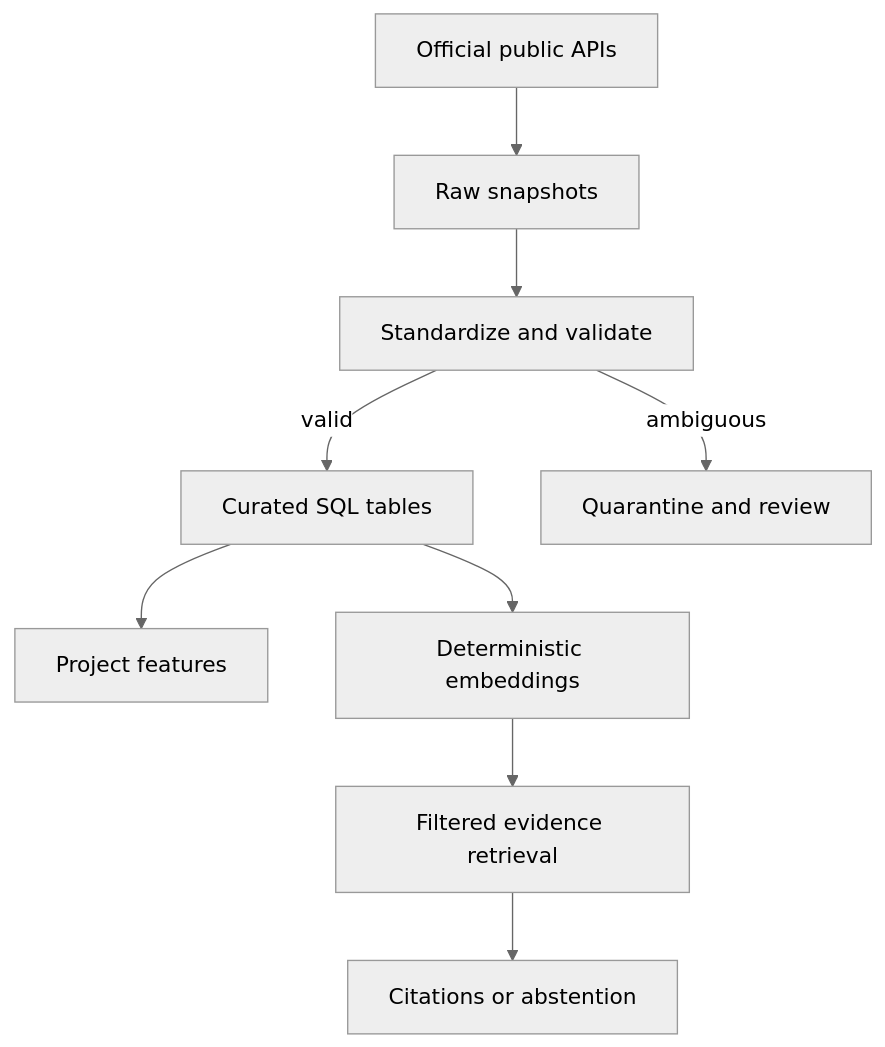
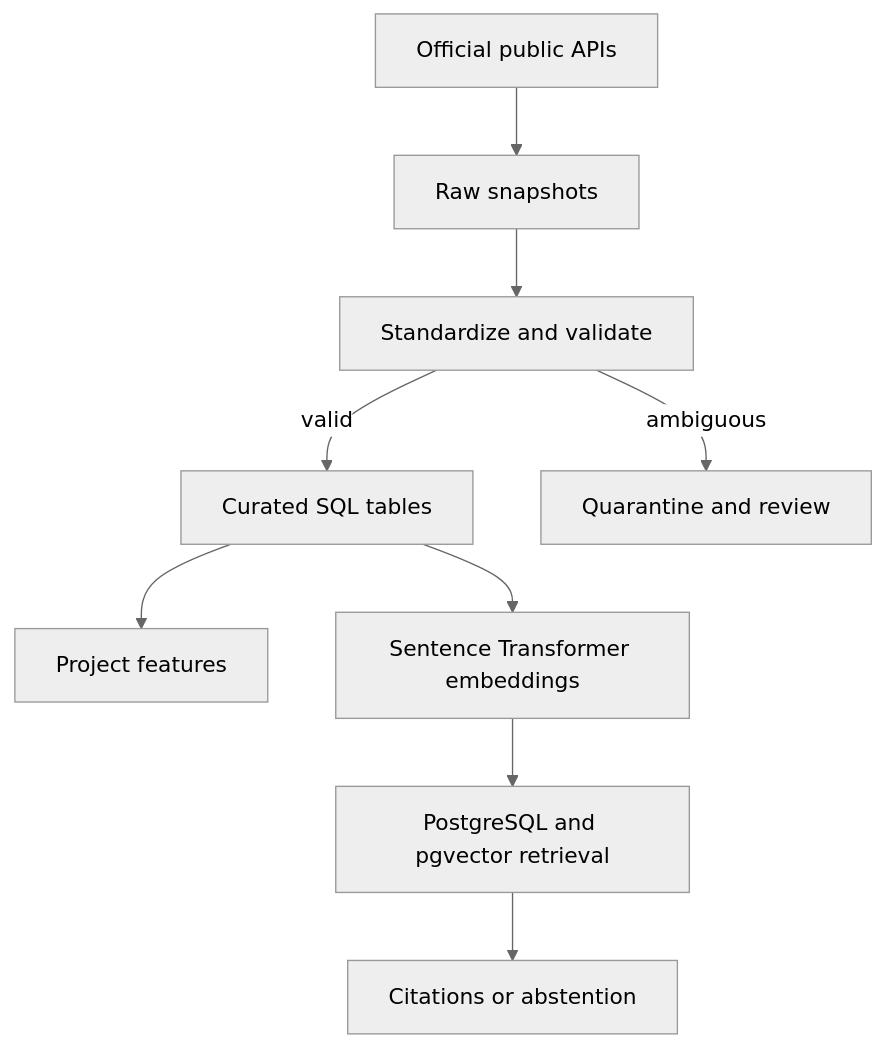
Before and after one commit to nicolaasheru/procurement-data-modernization-workbench: the first of 2 diagrams in README.md, drawn with Mermaid (neutral theme). The commit also changed other lines of this file and 23 other files, not shown here.

Commit message:
Move retrieval to PostgreSQL and pgvector

````diff
--- a/README.md
+++ b/README.md
@@ -30,11 +30,11 @@
 ```mermaid
 flowchart TD
   A[Official public APIs] --> B[Raw snapshots]
   B --> C[Standardize and validate]
   C -->|valid| D[Curated SQL tables]
   C -->|ambiguous| E[Quarantine and review]
   D --> F[Project features]
-  D --> G[Deterministic embeddings]
-  G --> H[Filtered evidence retrieval]
+  D --> G[Sentence Transformer embeddings]
+  G --> H[PostgreSQL and pgvector retrieval]
   H --> I[Citations or abstention]
 ```
````
